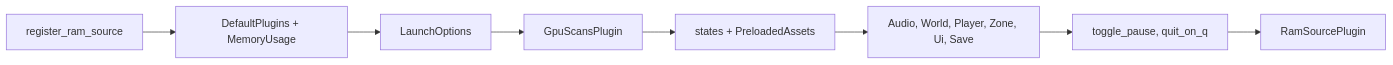
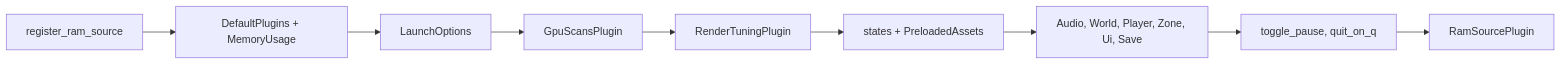
The second of 28 diagrams in arch-readme-detailed.md (bemcho/roadside-picnic-overwatch), drawn with Mermaid before and after one commit. The commit also changed other lines of this file and 6 other files, not shown here.

````diff
--- a/arch-readme-detailed.md
+++ b/arch-readme-detailed.md
@@ -130,10 +131,11 @@
 ```mermaid
 flowchart LR
     RAMSRC["register_ram_source"] --> DEF["DefaultPlugins + MemoryUsage"]
     DEF --> OPT["LaunchOptions"]
     OPT --> GPU["GpuScansPlugin"]
-    GPU --> ST["states + PreloadedAssets"]
+    GPU --> RT["RenderTuningPlugin"]
+    RT --> ST["states + PreloadedAssets"]
     ST --> SIX["Audio, World, Player, Zone, Ui, Save"]
     SIX --> KEYS["toggle_pause, quit_on_q"]
     KEYS --> RAMPL["RamSourcePlugin"]
 ```
````
